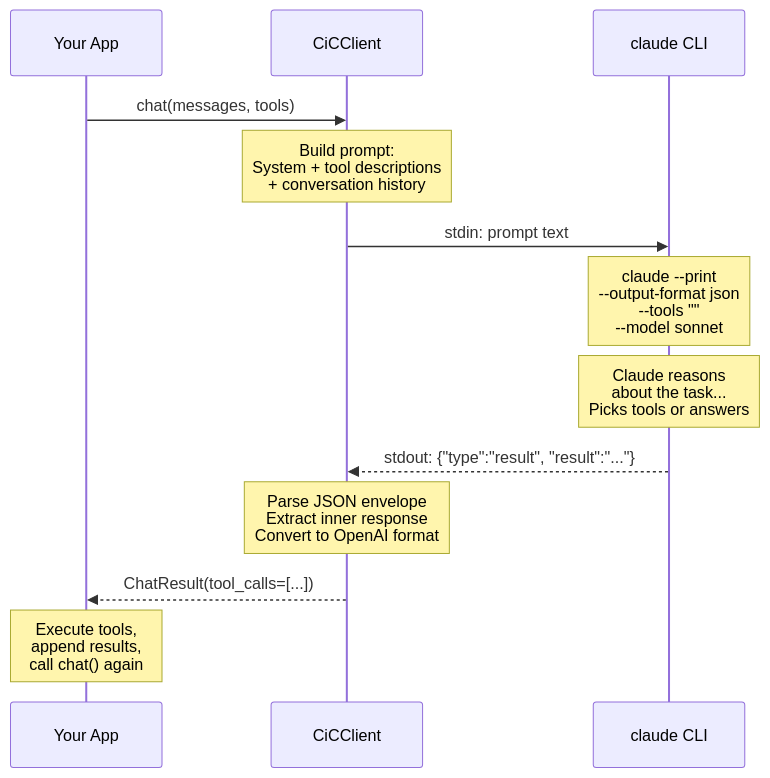
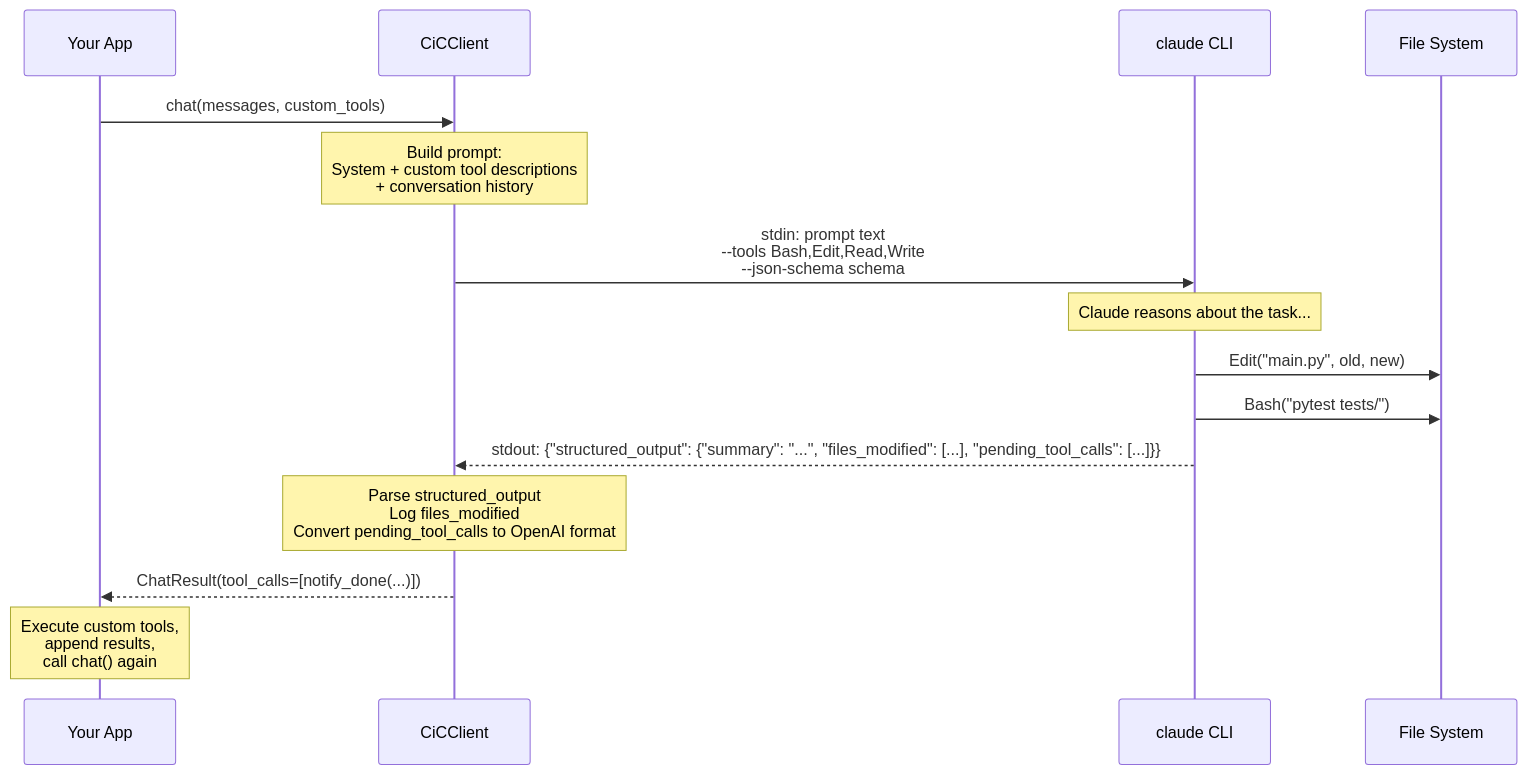
Before and after one commit to maclarensg/CiC: the fourth of 5 diagrams in README.md, drawn with Mermaid. The commit also changed other lines of this file and 4 other files, not shown here.

First line of the commit message:
Implement hybrid mode — Claude executes files, caller executes custom tools

````diff
--- a/README.md
+++ b/README.md
@@ -118,23 +165,25 @@
 ```mermaid
 sequenceDiagram
     participant App as Your App
     participant CiC as CiCClient
     participant CLI as claude CLI
+    participant FS as File System
 
-    App->>CiC: chat(messages, tools)
+    App->>CiC: chat(messages, custom_tools)
 
-    Note over CiC: Build prompt:<br/>System + tool descriptions<br/>+ conversation history
+    Note over CiC: Build prompt:<br/>System + custom tool descriptions<br/>+ conversation history
 
-    CiC->>CLI: stdin: prompt text
-    Note over CLI: claude --print<br/>--output-format json<br/>--tools ""<br/>--model sonnet
+    CiC->>CLI: stdin: prompt text<br/>--tools Bash,Edit,Read,Write<br/>--json-schema schema
 
-    Note over CLI: Claude reasons<br/>about the task...<br/>Picks tools or answers
+    Note over CLI: Claude reasons about the task...
+    CLI->>FS: Edit("main.py", old, new)
+    CLI->>FS: Bash("pytest tests/")
 
-    CLI-->>CiC: stdout: {"type":"result", "result":"..."}
+    CLI-->>CiC: stdout: {"structured_output": {"summary": "...", "files_modified": [...], "pending_tool_calls": [...]}}
 
-    Note over CiC: Parse JSON envelope<br/>Extract inner response<br/>Convert to OpenAI format
+    Note over CiC: Parse structured_output<br/>Log files_modified<br/>Convert pending_tool_calls to OpenAI format
 
-    CiC-->>App: ChatResult(tool_calls=[...])
+    CiC-->>App: ChatResult(tool_calls=[notify_done(...)])
 
-    Note over App: Execute tools,<br/>append results,<br/>call chat() again
+    Note over App: Execute custom tools,<br/>append results,<br/>call chat() again
 ```
````
